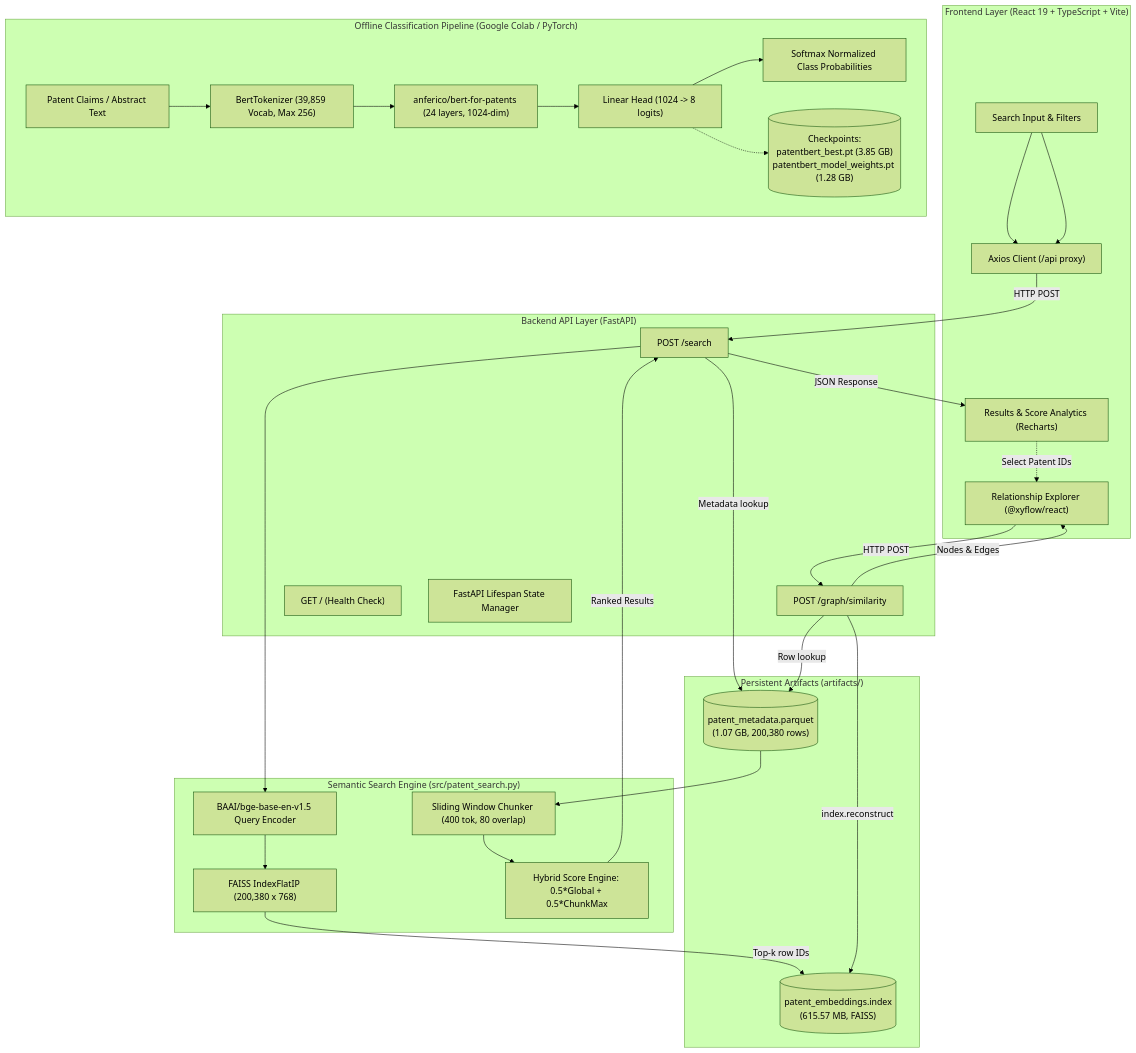
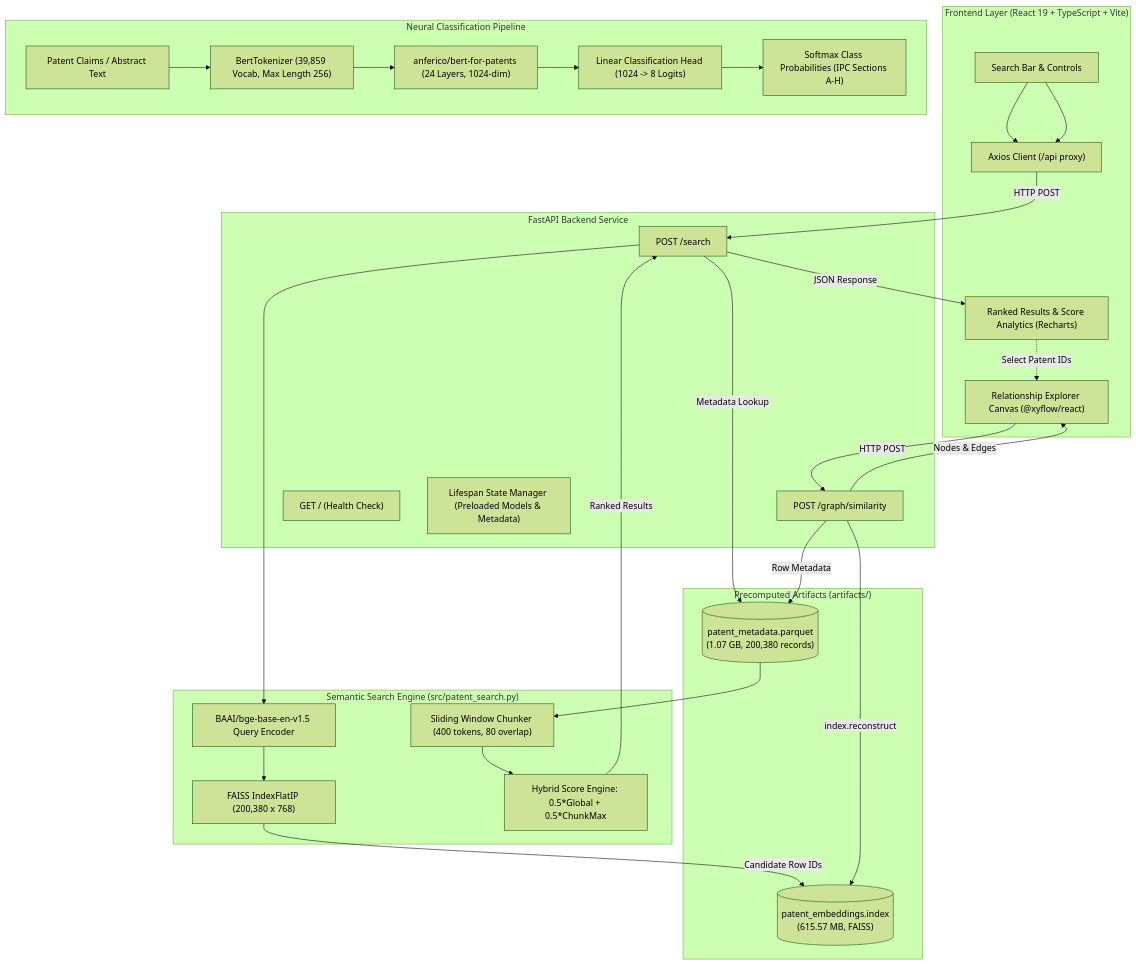
The diagram in README.md (rohitrathod-4004/Patent-Bert), drawn with Mermaid (forest theme) before and after one commit. The commit also changed other lines of this file, not shown here.

````diff
--- a/README.md
+++ b/README.md
@@ -58,59 +49,57 @@
 ```mermaid
 flowchart TD
     subgraph UI["Frontend Layer (React 19 + TypeScript + Vite)"]
-        A1["Search Input & Filters"] --> A2["Axios Client (/api proxy)"]
-        A3["Results & Score Analytics (Recharts)"]
-        A4["Relationship Explorer (@xyflow/react)"]
+        A1["Search Bar & Controls"] --> A2["Axios Client (/api proxy)"]
+        A3["Ranked Results & Score Analytics (Recharts)"]
+        A4["Relationship Explorer Canvas (@xyflow/react)"]
     end
 
-    subgraph Backend["Backend API Layer (FastAPI)"]
+    subgraph Backend["FastAPI Backend Service"]
         B1["POST /search"]
         B2["POST /graph/similarity"]
         B3["GET / (Health Check)"]
-        B4["FastAPI Lifespan State Manager"]
+        B4["Lifespan State Manager (Preloaded Models & Metadata)"]
     end
 
     subgraph SearchEngine["Semantic Search Engine (src/patent_search.py)"]
         C1["BAAI/bge-base-en-v1.5 Query Encoder"]
         C2["FAISS IndexFlatIP (200,380 x 768)"]
-        C3["Sliding Window Chunker (400 tok, 80 overlap)"]
+        C3["Sliding Window Chunker (400 tokens, 80 overlap)"]
         C4["Hybrid Score Engine: 0.5*Global + 0.5*ChunkMax"]
     end
 
-    subgraph Data["Persistent Artifacts (artifacts/)"]
+    subgraph Data["Precomputed Artifacts (artifacts/)"]
         D1[("patent_embeddings.index\n(615.57 MB, FAISS)")]
-        D2[("patent_metadata.parquet\n(1.07 GB, 200,380 rows)")]
+        D2[("patent_metadata.parquet\n(1.07 GB, 200,380 records)")]
     end
 
-    subgraph ClassifierPipeline["Offline Classification Pipeline (Google Colab / PyTorch)"]
+    subgraph Classifier["Neural Classification Pipeline"]
         E1["Patent Claims / Abstract Text"]
-        E2["BertTokenizer (39,859 Vocab, Max 256)"]
-        E3["anferico/bert-for-patents (24 layers, 1024-dim)"]
-        E4["Linear Head (1024 -> 8 logits)"]
-        E5["Softmax Normalized Class Probabilities"]
-        E6[("Checkpoints:\npatentbert_best.pt (3.85 GB)\npatentbert_model_weights.pt (1.28 GB)")]
+        E2["BertTokenizer (39,859 Vocab, Max Length 256)"]
+        E3["anferico/bert-for-patents (24 Layers, 1024-dim)"]
+        E4["Linear Classification Head (1024 -> 8 Logits)"]
+        E5["Softmax Class Probabilities (IPC Sections A-H)"]
     end
 
-    %% Integrated Search Flow
+    %% Search Execution Flow
     A1 --> A2
     A2 -->|HTTP POST| B1
     B1 --> C1
     C1 --> C2
-    C2 -->|Top-k row IDs| D1
-    B1 -->|Metadata lookup| D2
+    C2 -->|Candidate Row IDs| D1
+    B1 -->|Metadata Lookup| D2
     D2 --> C3
     C3 --> C4
     C4 -->|Ranked Results| B1
     B1 -->|JSON Response| A3
 
     %% Graph Similarity Flow
     A3 -.->|Select Patent IDs| A4
     A4 -->|HTTP POST| B2
     B2 -->|index.reconstruct| D1
-    B2 -->|Row lookup| D2
+    B2 -->|Row Metadata| D2
     B2 -->|Nodes & Edges| A4
 
-    %% Offline Classifier Data Flow
+    %% Classification Pipeline Flow
     E1 --> E2 --> E3 --> E4 --> E5
-    E4 -.-> E6
 ```
````
